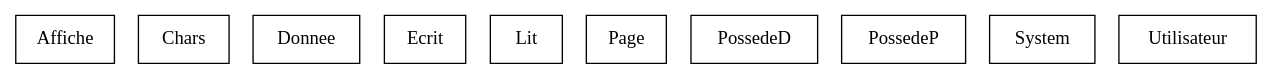
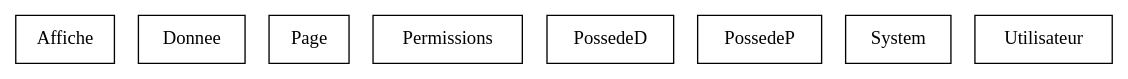
The diagram in bdp/reseau_social.dot (juliette39/reseau_social), drawn with Graphviz before and after one commit. The commit also changed 19 other files, not shown here.

Commit message:
Changed Lit Ecrit into Permissions and supressed Char

```diff
--- a/bdp/reseau_social.dot
+++ b/bdp/reseau_social.dot
@@ -1,13 +1,11 @@
 digraph {
 Affiche [ label=" Affiche " shape= box ]
-Chars [ label=" Chars " shape= box ]
 Donnee [ label=" Donnee " shape= box ]
-Ecrit [ label=" Ecrit " shape= box ]
-Lit [ label=" Lit " shape= box ]
 Page [ label=" Page " shape= box ]
+Permissions [ label=" Permissions " shape= box ]
 PossedeD [ label=" PossedeD " shape= box ]
 PossedeP [ label=" PossedeP " shape= box ]
 System [ label=" System " shape= box ]
 Utilisateur [ label=" Utilisateur " shape= box ]
 
 }
```
